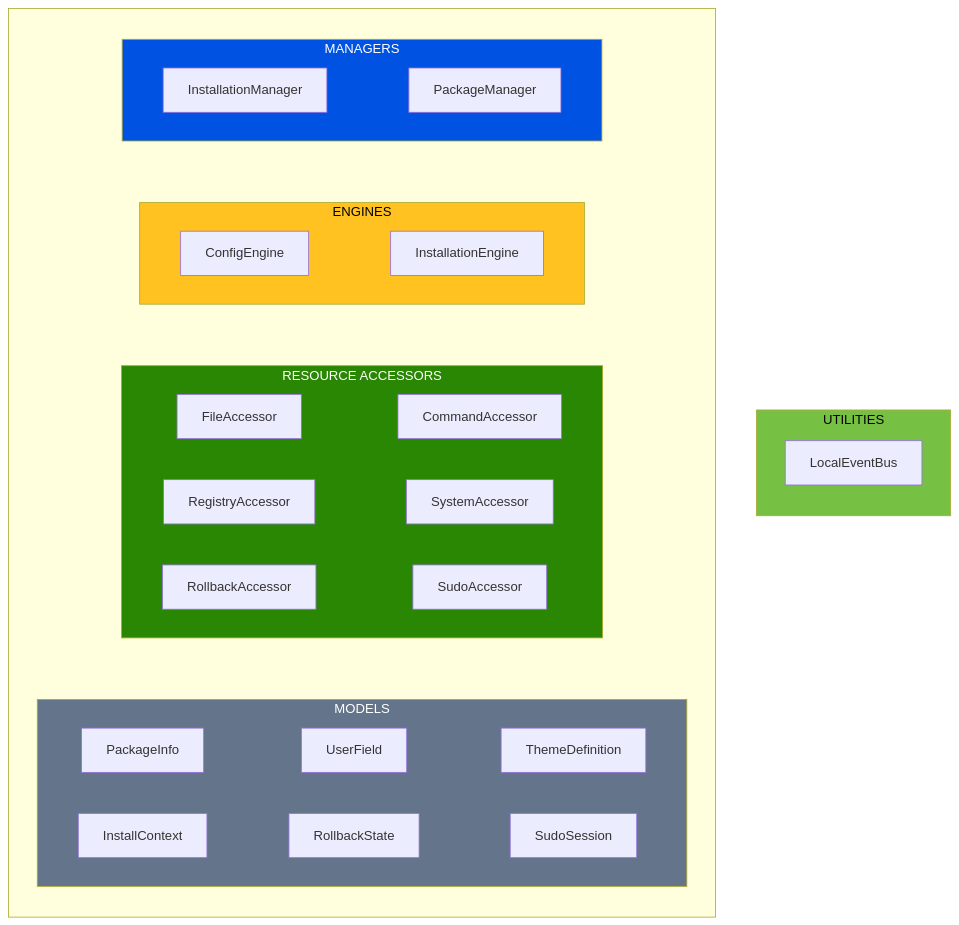
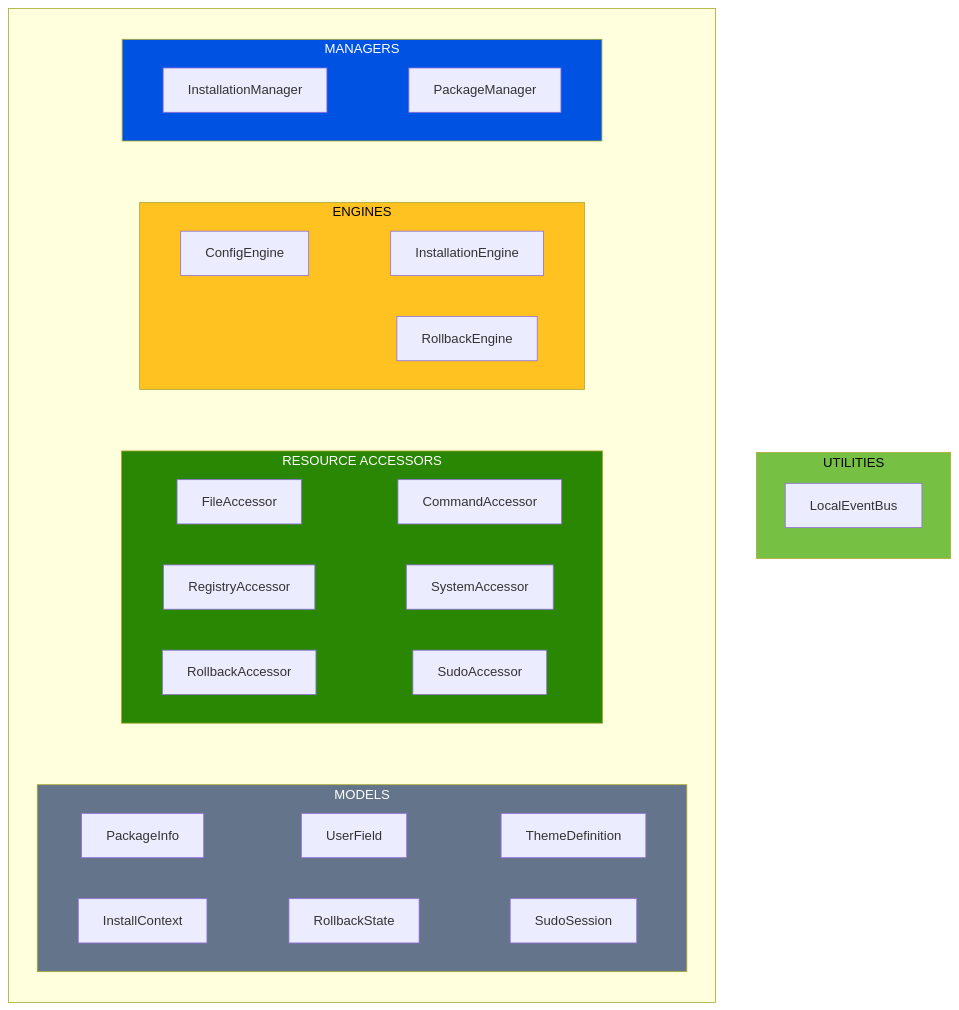
The first of 2 diagrams in docs/reference/architecture.md (andersonwilliam85/prism), drawn with Mermaid before and after one commit. The commit also changed other lines of this file and 13 other files, not shown here.

````diff
--- a/docs/reference/architecture.md
+++ b/docs/reference/architecture.md
@@ -16,37 +16,38 @@
 ```mermaid
 flowchart LR
     subgraph MAIN[" "]
         direction TB
         subgraph MANAGERS["MANAGERS"]
             IM["InstallationManager"] ~~~ PM["PackageManager"]
         end
         subgraph ENGINES["ENGINES"]
             CE["ConfigEngine"] ~~~ IE["InstallationEngine"]
+            RE["RollbackEngine"]
         end
         subgraph ACCESSORS["RESOURCE ACCESSORS"]
             FA["FileAccessor"] ~~~ CA["CommandAccessor"]
             RA["RegistryAccessor"] ~~~ SA["SystemAccessor"]
             RBA["RollbackAccessor"] ~~~ SUA["SudoAccessor"]
         end
         subgraph MODELS["MODELS"]
             PI["PackageInfo"] ~~~ UF["UserField"] ~~~ TD["ThemeDefinition"]
             IC["InstallContext"] ~~~ RS["RollbackState"] ~~~ SS["SudoSession"]
         end
         MANAGERS ~~~ ENGINES
         ENGINES ~~~ ACCESSORS
         ACCESSORS ~~~ MODELS
     end
 
     subgraph UTILITIES["UTILITIES"]
         direction TB
         EB["LocalEventBus"]
     end
 
     MAIN ~~~ UTILITIES
 
     style MANAGERS fill:#0053e2,color:#fff
     style ENGINES fill:#ffc220,color:#000
     style ACCESSORS fill:#2a8703,color:#fff
     style UTILITIES fill:#76c043,color:#000
     style MODELS fill:#64748b,color:#fff
 ```
````
